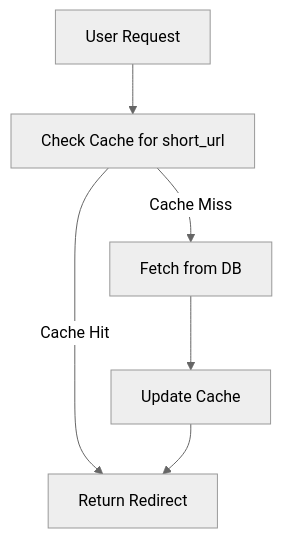
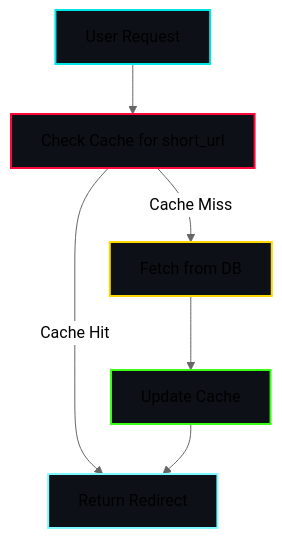
The third of 4 diagrams in urlshortener.md (talal-nabulsi/system-design-brain), drawn with Mermaid (neutral theme) before and after one commit. The commit also changed other lines of this file, not shown here.

````diff
--- a/urlshortener.md
+++ b/urlshortener.md
@@ -143,8 +155,14 @@
 ```mermaid
 graph TD;
+    style UserRequest fill:#0d1117,stroke:#00e6e6,stroke-width:2px;
+    style CheckCache fill:#0d1117,stroke:#ff073a,stroke-width:2px;
+    style Redirect fill:#0d1117,stroke:#7df9ff,stroke-width:2px;
+    style FetchDB fill:#0d1117,stroke:#ffd700,stroke-width:2px;
+    style UpdateCache fill:#0d1117,stroke:#39ff14,stroke-width:2px;
+
     UserRequest[User Request] --> CheckCache[Check Cache for short_url];
     CheckCache -->|Cache Hit| Redirect[Return Redirect];
     CheckCache -->|Cache Miss| FetchDB[Fetch from DB];
     FetchDB --> UpdateCache[Update Cache];
     UpdateCache --> Redirect;
 ```
````
